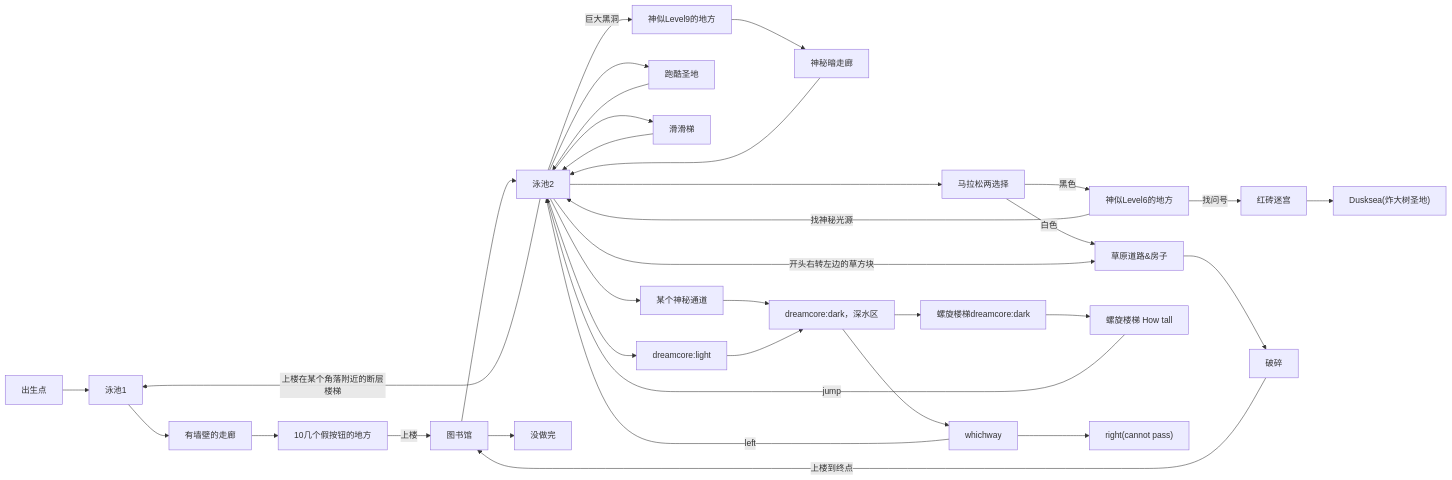
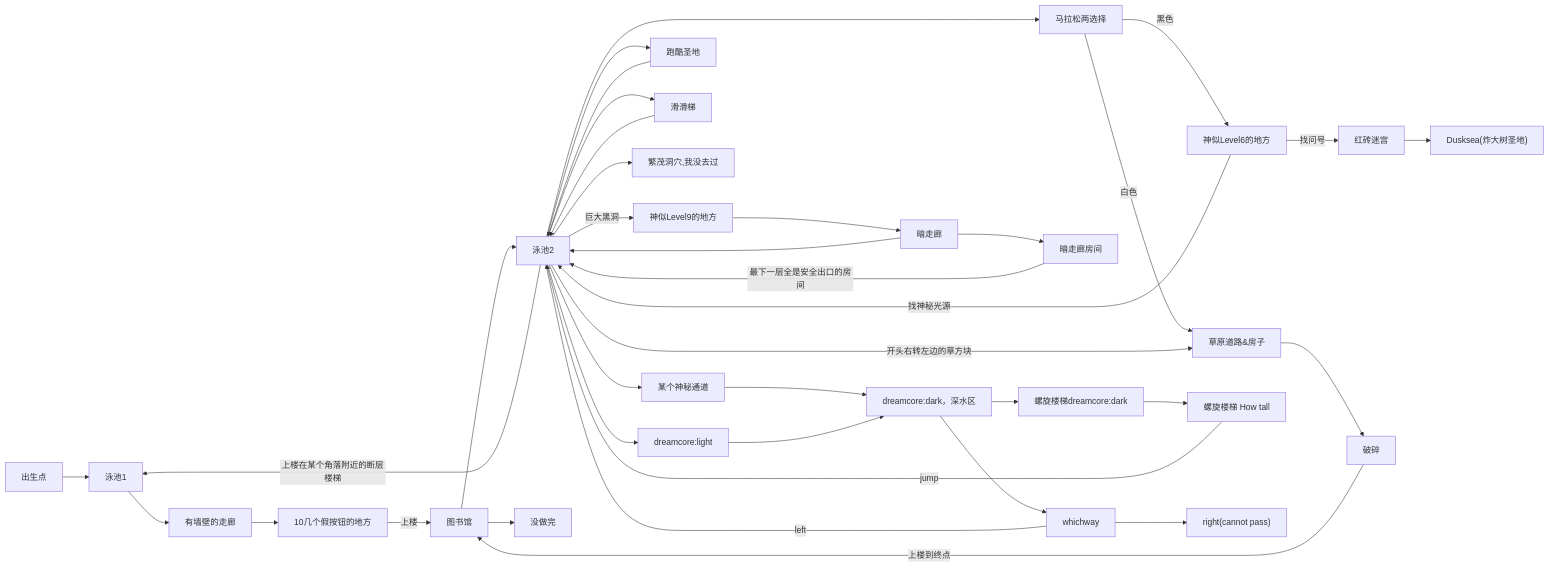
The diagram in _posts/2026-02-26-dreamcore-server-structure-map.markdown (VeryrrDefine/veryrrdefine.github.io), drawn with Mermaid before and after one commit.

```diff
--- a/_posts/2026-02-26-dreamcore-server-structure-map.markdown
+++ b/_posts/2026-02-26-dreamcore-server-structure-map.markdown
@@ -11,33 +11,35 @@
 <div class="mermaid">
 flowchart LR
 
 A[出生点] --> 1[泳池1]
 1-->1_1[有墙壁的走廊]-->1_2[10几个假按钮的地方]--上楼-->9inf[图书馆]
 
 9inf-->2[泳池2]
 9inf-->没做完
 2---->malason[马拉松两选择]
 malason--黑色-->6[神似Level6的地方]
 2--上楼在某个角落附近的断层楼梯-->1
 6--找神秘光源-->2
 6--找问号-->redbrick[红砖迷宫]-->ducksea["Dusksea(炸大树圣地)"]
 malason--白色-->road3[草原道路&房子]
 2--开头右转左边的草方块-->road3
 road3-->upstairsinfinite[破碎]
 upstairsinfinite--上楼到终点-->9inf
-2--巨大黑洞-->level9like[神似Level9的地方]-->darkhall[神秘暗走廊]
+2--巨大黑洞-->level9like[神似Level9的地方]-->darkhall[暗走廊]-->darkhallrooms
+darkhallrooms[暗走廊房间]--最下一层全是安全出口的房间-->2
 2-->parkour[跑酷圣地]
 
 parkour-->2
 darkhall-->2
 2-->fastslider[滑滑梯]
+2-->繁茂洞穴[繁茂洞穴,我没去过]
 fastslider-->2
 2-->某个神秘通道-->deepseek[dreamcore:dark，深水区]
 deepseek-->lxlt1[螺旋楼梯dreamcore:dark]-->lxlt2[螺旋楼梯 How tall]--jump-->2
 deepseek-->whichway
 whichway--left-->2
 whichway-->right["right(cannot pass)"]
 2-->dreamcorelight[dreamcore:light]
 dreamcorelight-->deepseek
 
 </div>
```
